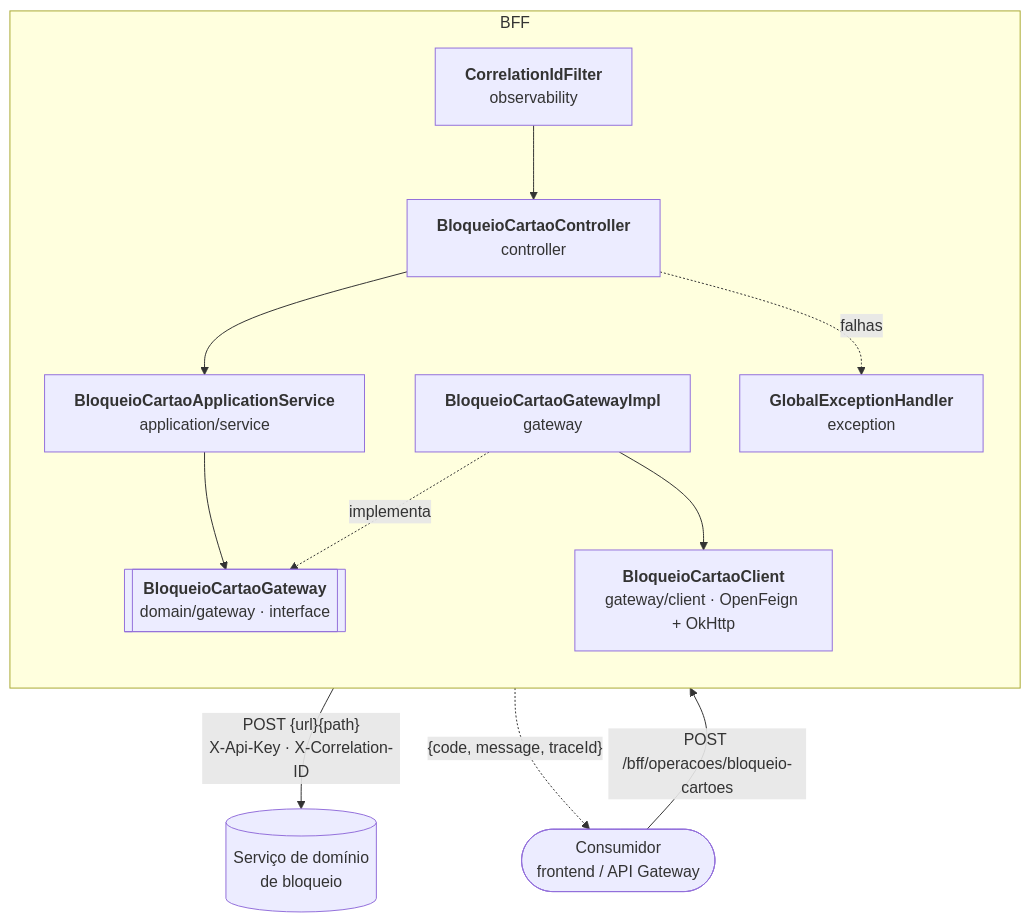
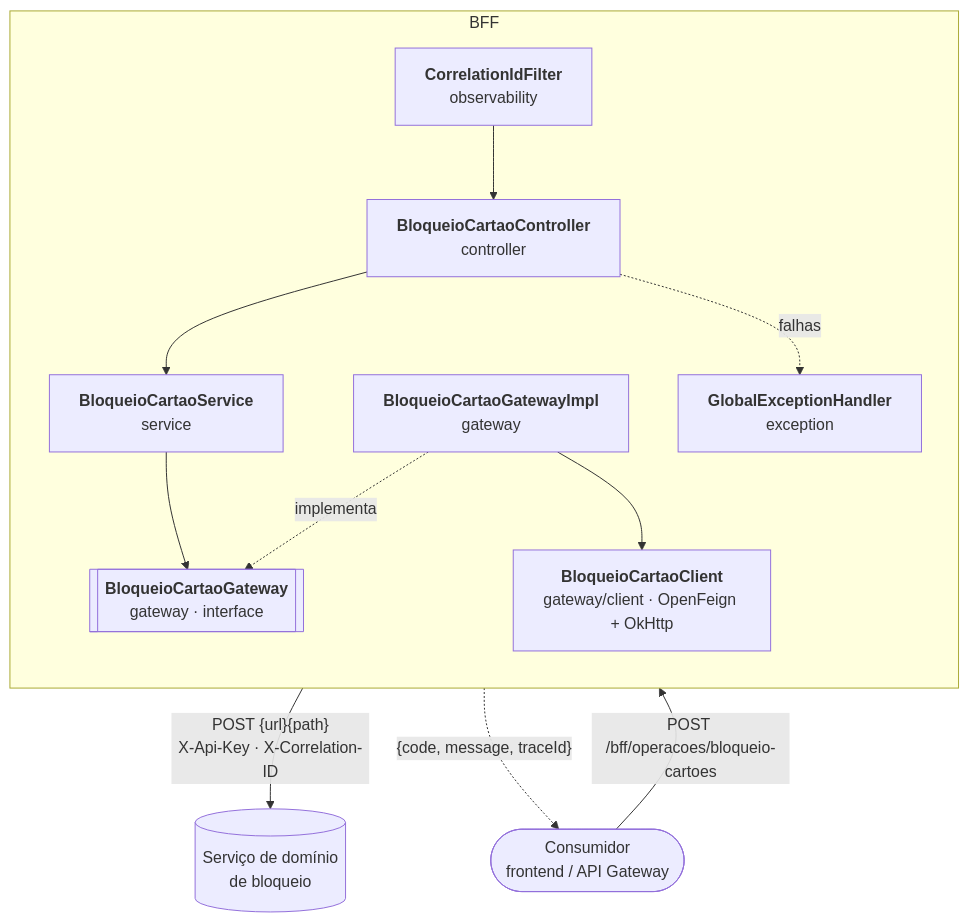
One commit to luanvs-ciant/bradesco changed the first of 2 diagrams in README.md. Above: the diagram before and after it, drawn with Mermaid. The commit also changed other lines of this file and 42 other files, not shown here.

Commit message:
refactor: remove unused packages and classes; add BloqueioCartaoApplicationService and related components

````diff
--- a/README.md
+++ b/README.md
@@ -37,26 +37,26 @@
 ```mermaid
 flowchart TB
     consumer(["Consumidor<br/>frontend / API Gateway"])
 
     subgraph bff["BFF"]
         direction TB
         filter["<b>CorrelationIdFilter</b><br/>observability"]
         controller["<b>BloqueioCartaoController</b><br/>controller"]
-        service["<b>BloqueioCartaoApplicationService</b><br/>application/service"]
-        port[["<b>BloqueioCartaoGateway</b><br/>domain/gateway · interface"]]
+        service["<b>BloqueioCartaoService</b><br/>service"]
+        port[["<b>BloqueioCartaoGateway</b><br/>gateway · interface"]]
         gateway["<b>BloqueioCartaoGatewayImpl</b><br/>gateway"]
         client["<b>BloqueioCartaoClient</b><br/>gateway/client · OpenFeign + OkHttp"]
         handler["<b>GlobalExceptionHandler</b><br/>exception"]
 
         filter --> controller --> service --> port
         gateway -. implementa .-> port
         gateway --> client
         controller -. falhas .-> handler
     end
 
     downstream[("Serviço de domínio<br/>de bloqueio")]
 
     consumer -- "POST /bff/operacoes/bloqueio-cartoes" --> filter
     client -- "POST {url}{path}<br/>X-Api-Key · X-Correlation-ID" --> downstream
     handler -. "{code, message, traceId}" .-> consumer
 ```
````
